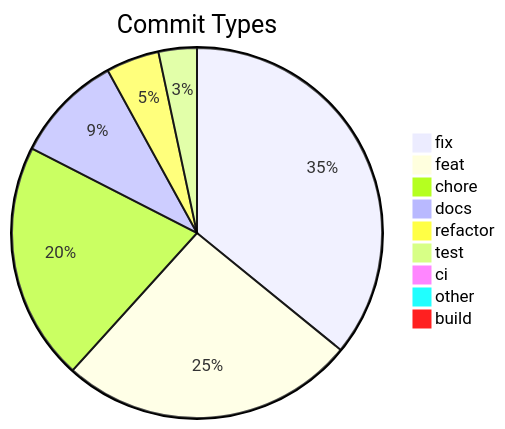
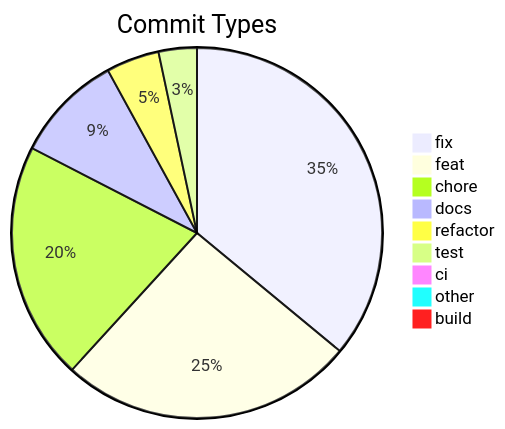
One commit to svenroth-ai/shipwright-webui changed the diagram in .shipwright/compliance/change-history.md. Above: the diagram before and after it, drawn with Mermaid. The commit also changed other lines of this file and 14 other files, not shown here.

````diff
--- a/.shipwright/compliance/change-history.md
+++ b/.shipwright/compliance/change-history.md
@@ -8,12 +8,12 @@
 ```mermaid
 pie title Commit Types
-    "fix" : 193
+    "fix" : 194
     "feat" : 139
     "chore" : 112
     "docs" : 51
     "refactor" : 25
     "test" : 18
     "ci" : 5
     "other" : 4
     "build" : 1
 ```
````
